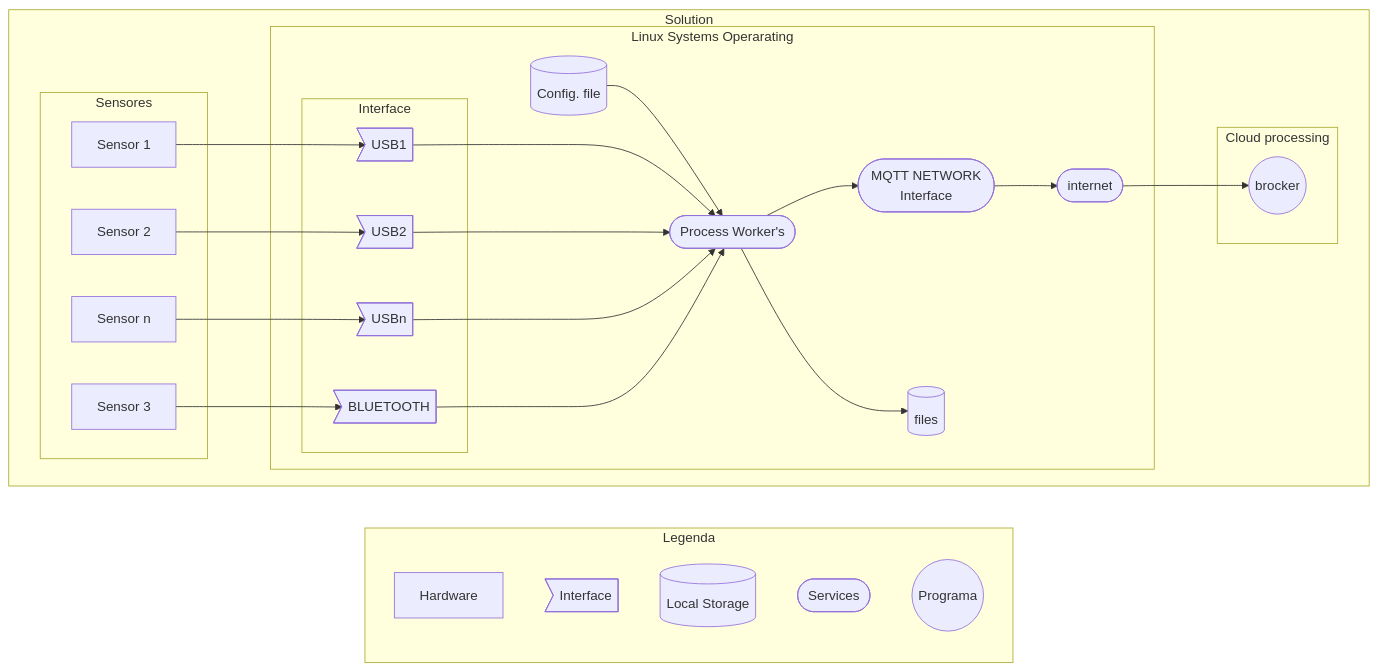
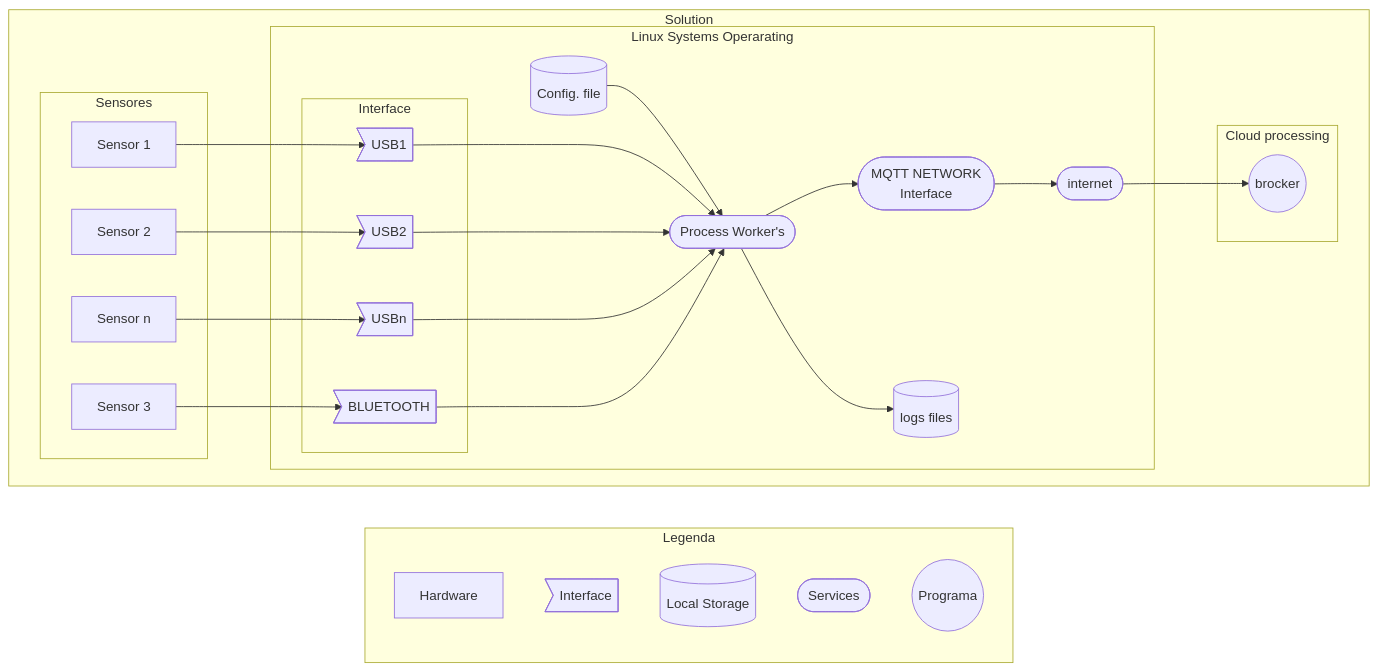
Before and after one commit to felipengeletrica/EdgeGateway: the diagram in diagram/diagram.mmd, drawn with Mermaid.

Commit message:
Add config file

```diff
--- a/diagram/diagram.mmd
+++ b/diagram/diagram.mmd
@@ -1,43 +1,43 @@
 graph LR
     subgraph Legenda
         hardware[Hardware]
         interface>Interface]
         file[(Local Storage)]
         services([Services])
         program((Programa))
     end
 
     subgraph Solution
         direction LR
 
         subgraph Linux Systems Operarating
             datalogger([Process Worker's])-->server
-            datalogger([Process Worker's])--> files[(files)]
+            datalogger([Process Worker's])--> files[(logs files)]
             ConfigFile[(Config. file)] --> datalogger([Process Worker's])
             server([MQTT NETWORK \n Interface])-->internet
             internet([internet])
 
             subgraph Interface
                 USB1
                 USB2
                 USBn
                 BLUETOOTH
             end
             USB1>USB1] ---> datalogger
             USB2>USB2] ---> datalogger
             USBn>USBn] ---> datalogger
             BLUETOOTH>BLUETOOTH] --> datalogger
         end
 
         subgraph Sensores
             s1[Sensor 1] --> USB1
             s2[Sensor 2] --> USB2
             s3[Sensor 3] --> BLUETOOTH
             s4[Sensor n] --> USBn
         end
 
         internet --> brocker
         subgraph Cloud processing 
             brocker((brocker))
         end
     end
```
